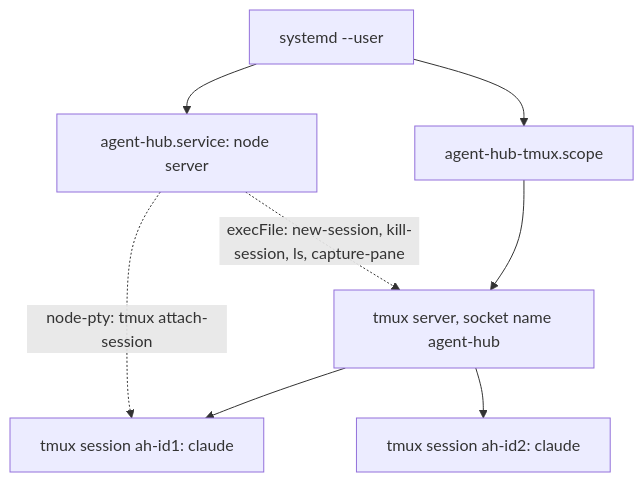
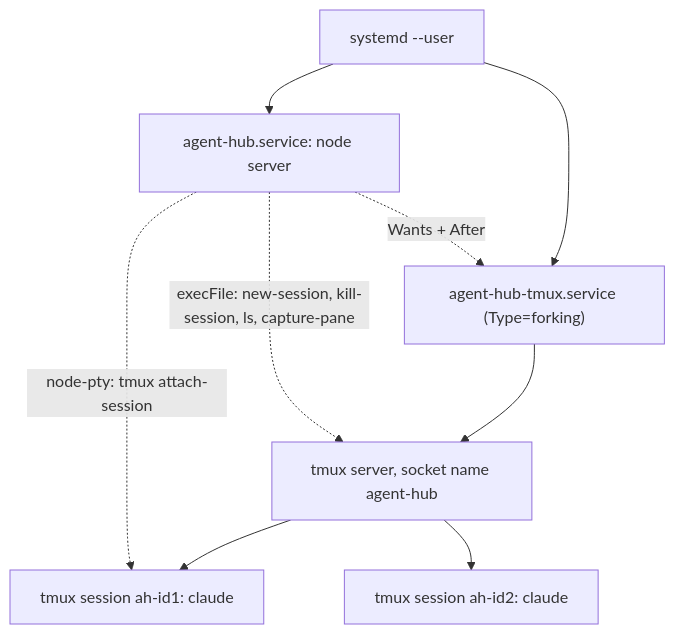
Before and after one commit to Dev-Sebi/Paneful-Manager: the second of 6 diagrams in docs/architecture.md, drawn with Mermaid. The commit also changed other lines of this file and 4 other files, not shown here.

````diff
--- a/docs/architecture.md
+++ b/docs/architecture.md
@@ -55,10 +55,11 @@
 ```mermaid
 flowchart TB
-  SD["systemd --user"] --> SVC["agent-hub.service: node server"]
-  SD --> SCOPE["agent-hub-tmux.scope"]
-  SCOPE --> TS["tmux server, socket name agent-hub"]
+  SD["systemd --user"] --> TU["agent-hub-tmux.service (Type=forking)"]
+  SD --> SVC["agent-hub.service: node server"]
+  SVC -.->|"Wants + After"| TU
+  TU --> TS["tmux server, socket name agent-hub"]
   TS --> S1["tmux session ah-id1: claude"]
   TS --> S2["tmux session ah-id2: claude"]
   SVC -.->|"node-pty: tmux attach-session"| S1
   SVC -.->|"execFile: new-session, kill-session, ls, capture-pane"| TS
 ```
````
